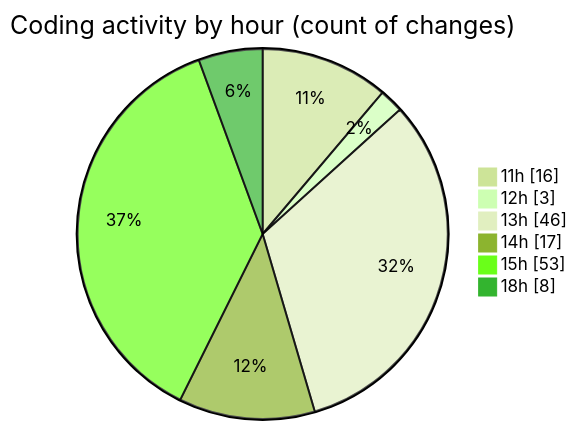
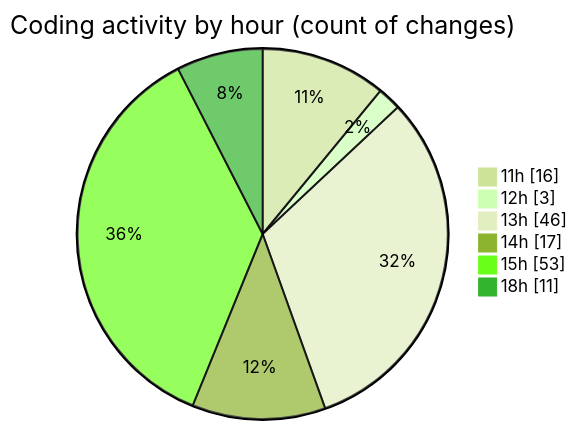
The second of 2 diagrams in 2025-07-08/argos/README.md (nxtqubesakshisongat/code-tracking), drawn with Mermaid (forest theme) before and after one commit. The commit also changed other lines of this file and 1 other file, not shown here.

````diff
--- a/2025-07-08/argos/README.md
+++ b/2025-07-08/argos/README.md
@@ -34,10 +34,10 @@
 ```mermaid
 pie showData
 title Coding activity by hour (count of changes)
 "11h" : 16
 "12h" : 3
 "13h" : 46
 "14h" : 17
 "15h" : 53
-"18h" : 8
+"18h" : 11
 ```
````
